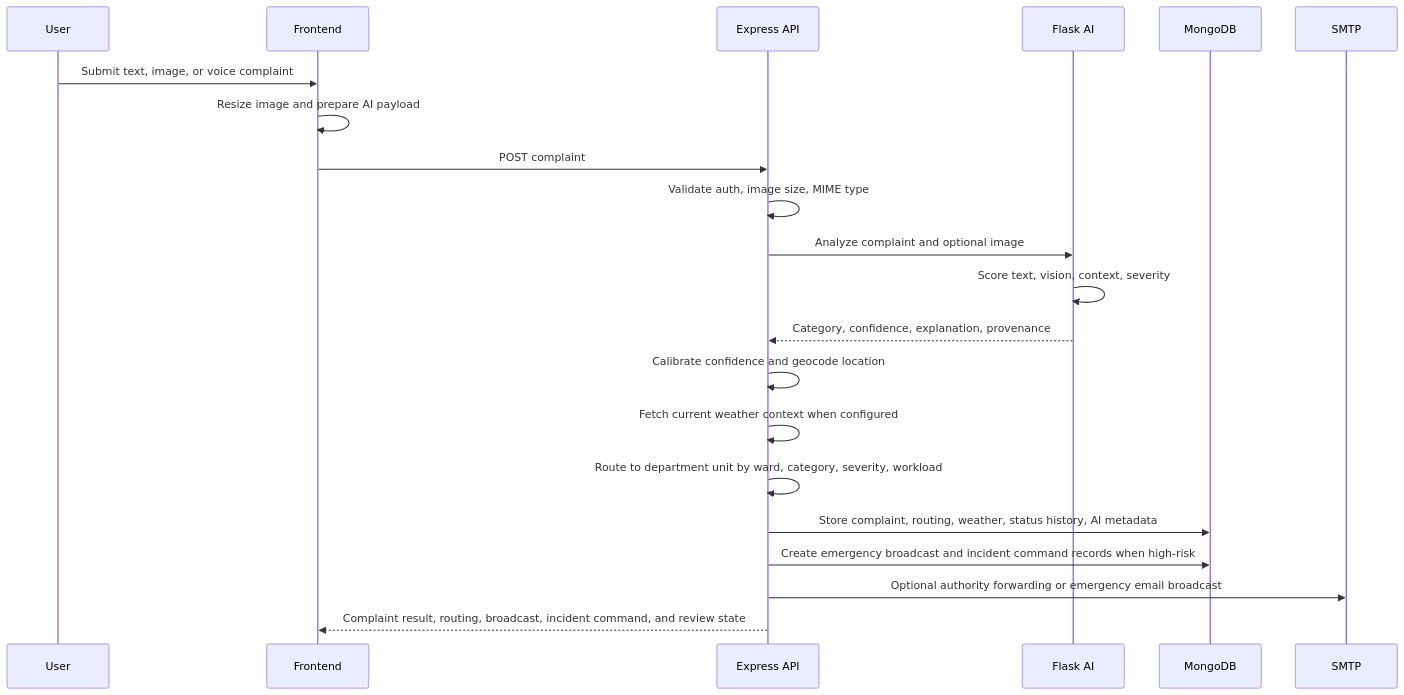
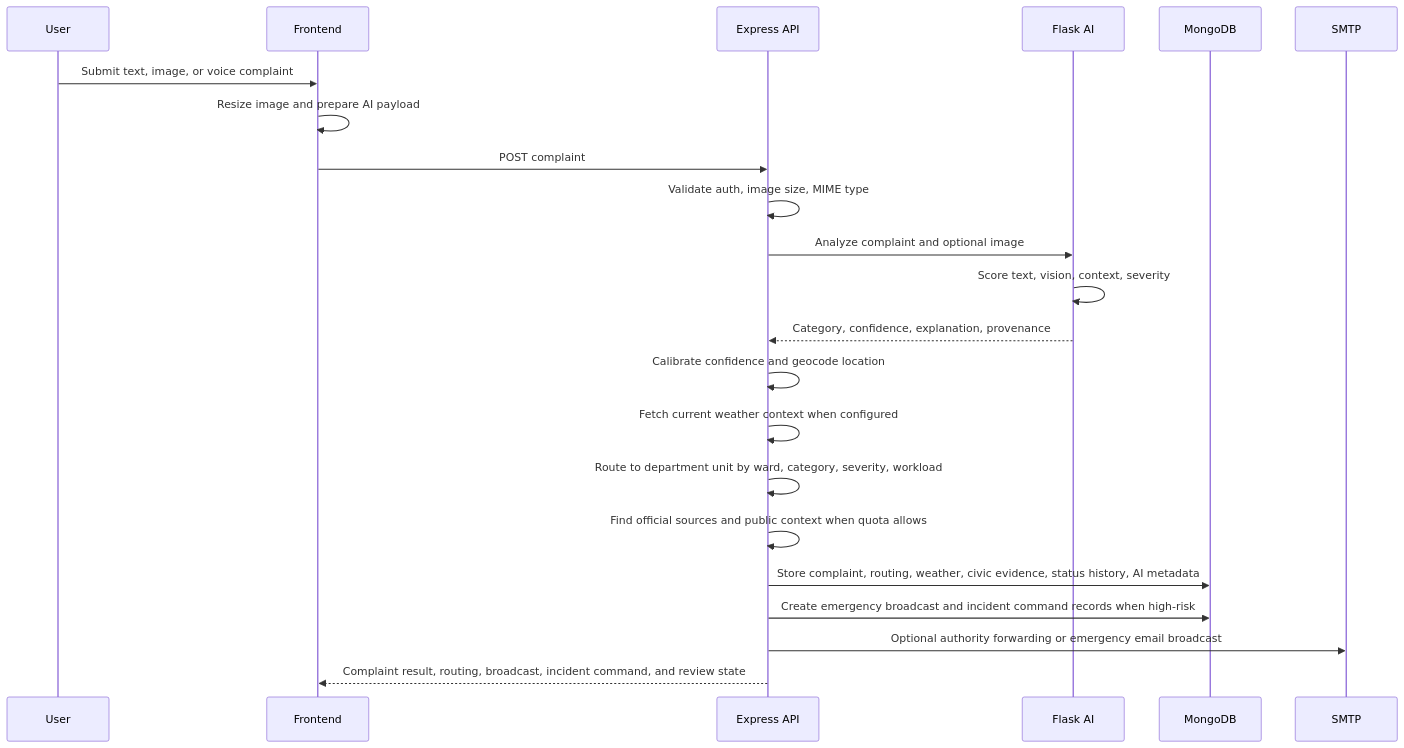
One commit to Shreyas0047/Urban-Pulse-Ai changed the second of 2 diagrams in README.md. Above: the diagram before and after it, drawn with Mermaid. The commit also changed other lines of this file and 10 other files, not shown here.

````diff
--- a/README.md
+++ b/README.md
@@ -52,24 +54,25 @@
 ```mermaid
 sequenceDiagram
     participant U as User
     participant FE as Frontend
     participant API as Express API
     participant AI as Flask AI
     participant DB as MongoDB
     participant Mail as SMTP
 
     U->>FE: Submit text, image, or voice complaint
     FE->>FE: Resize image and prepare AI payload
     FE->>API: POST complaint
     API->>API: Validate auth, image size, MIME type
     API->>AI: Analyze complaint and optional image
     AI->>AI: Score text, vision, context, severity
     AI-->>API: Category, confidence, explanation, provenance
     API->>API: Calibrate confidence and geocode location
     API->>API: Fetch current weather context when configured
     API->>API: Route to department unit by ward, category, severity, workload
-    API->>DB: Store complaint, routing, weather, status history, AI metadata
+    API->>API: Find official sources and public context when quota allows
+    API->>DB: Store complaint, routing, weather, civic evidence, status history, AI metadata
     API->>DB: Create emergency broadcast and incident command records when high-risk
     API->>Mail: Optional authority forwarding or emergency email broadcast
     API-->>FE: Complaint result, routing, broadcast, incident command, and review state
 ```
````
